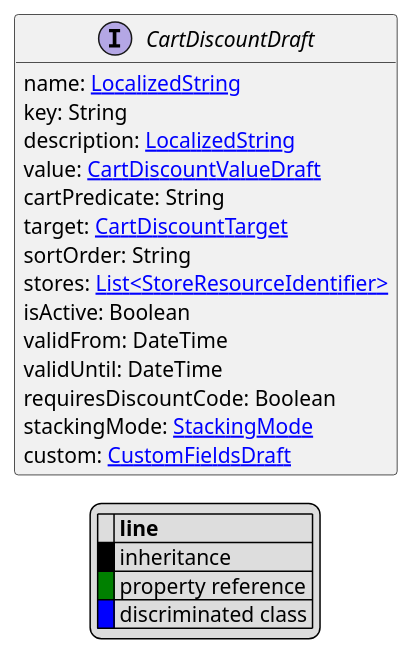
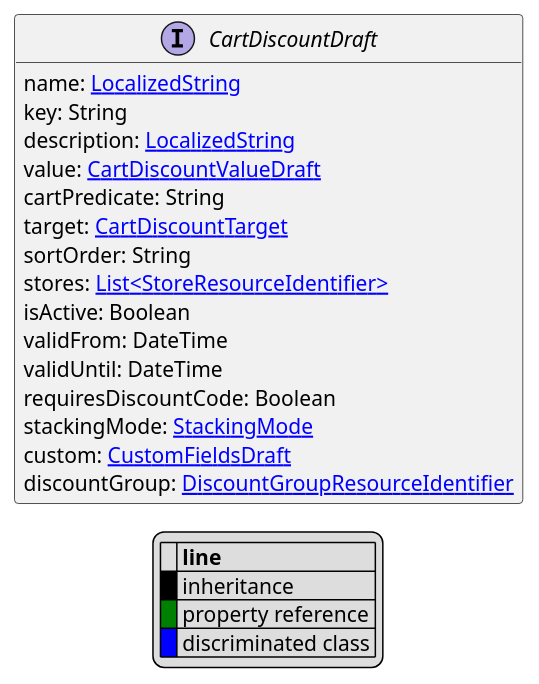
Before and after one commit to commercetools/commercetools-api-reference: the diagram in uml/api/CartDiscountDraft.puml, drawn with PlantUML. The commit also changed 1854 other files, not shown here.

```diff
--- a/uml/api/CartDiscountDraft.puml
+++ b/uml/api/CartDiscountDraft.puml
@@ -1,33 +1,34 @@
 @startuml
 
 hide empty fields
 hide empty methods
 legend
 |= |= line |
 |<back:black>   </back>| inheritance |
 |<back:green>   </back>| property reference |
 |<back:blue>   </back>| discriminated class |
 endlegend
 interface CartDiscountDraft [[CartDiscountDraft.svg]]  {
     name: [[LocalizedString.svg LocalizedString]]
     key: String
     description: [[LocalizedString.svg LocalizedString]]
     value: [[CartDiscountValueDraft.svg CartDiscountValueDraft]]
     cartPredicate: String
     target: [[CartDiscountTarget.svg CartDiscountTarget]]
     sortOrder: String
     stores: [[StoreResourceIdentifier.svg List<StoreResourceIdentifier>]]
     isActive: Boolean
     validFrom: DateTime
     validUntil: DateTime
     requiresDiscountCode: Boolean
     stackingMode: [[StackingMode.svg StackingMode]]
     custom: [[CustomFieldsDraft.svg CustomFieldsDraft]]
+    discountGroup: [[DiscountGroupResourceIdentifier.svg DiscountGroupResourceIdentifier]]
 }
 
 
 
 
 
 
 @enduml
```
